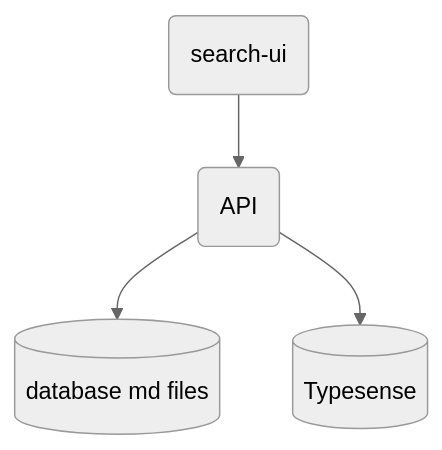
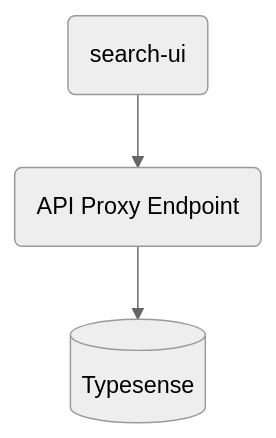
One commit to janaka/osobisty-search changed the first of 2 diagrams in search-ui/README.md. Above: the diagram before and after it, drawn with Mermaid (neutral theme). The commit also changed other lines of this file and 2 other files, not shown here.

Commit message:
Clean up - remove the editor-ui folder becuaser we aren't doing that separate. - update the README to capture highlevel architecture.

````diff
--- a/search-ui/README.md
+++ b/search-ui/README.md
@@ -34,6 +44,5 @@
 ```mermaid
 flowchart TD;
-    client1(search-ui)-->api1(API);
-    api1-->db1[(database md files)];
+    client1(search-ui)-->api1(API Proxy Endpoint);
     api1-->ts1[(Typesense)];
 ```
````
